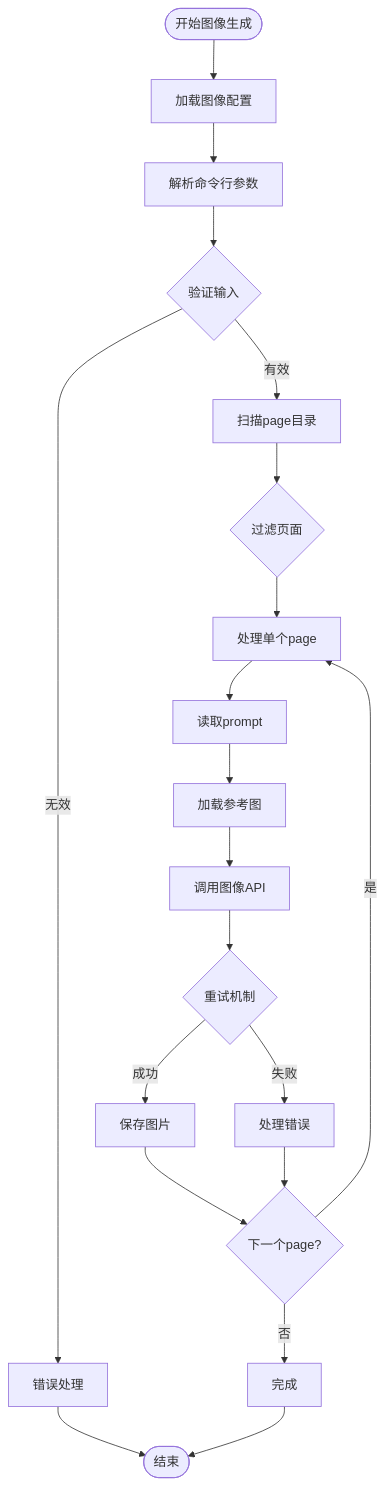
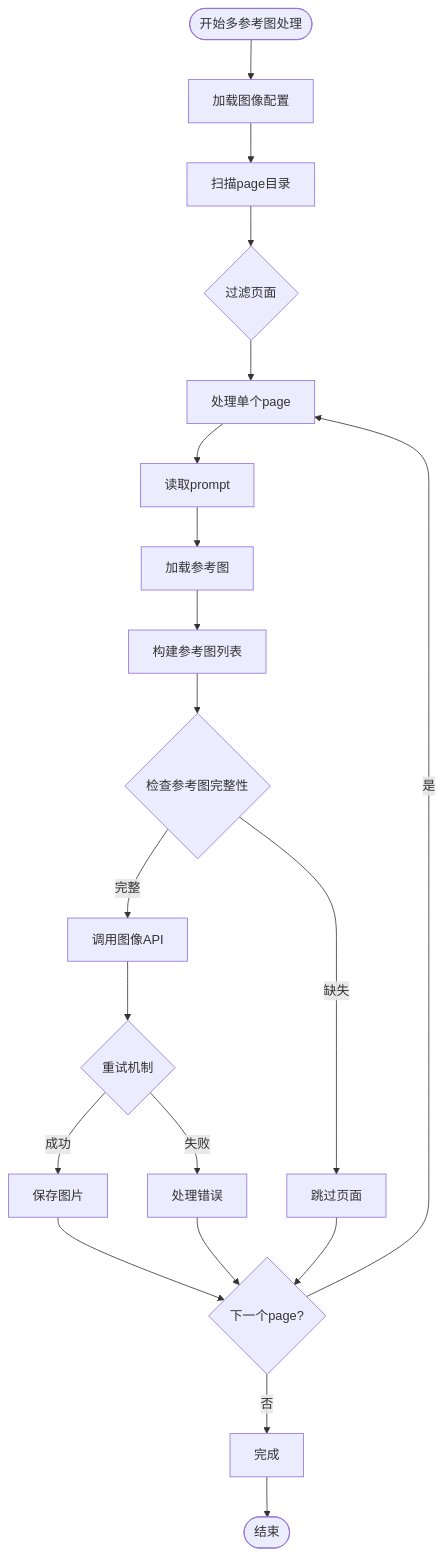
One commit to WongMingJiu/landingpage-test-hero-page changed diagram 11 of 16 in .qoder/repowiki/zh/content/配置和定制/配置和定制.md. Above: the diagram before and after it, drawn with Mermaid. The commit also changed other lines of this file and 6 other files, not shown here.

````diff
--- a/.qoder/repowiki/zh/content/配置和定制/配置和定制.md
+++ b/.qoder/repowiki/zh/content/配置和定制/配置和定制.md
@@ -334,22 +493,22 @@
 ```mermaid
 flowchart TD
-Start([开始图像生成]) --> LoadConfig[加载图像配置]
-LoadConfig --> ParseArgs[解析命令行参数]
-ParseArgs --> ValidateInput{验证输入}
-ValidateInput --> |有效| ScanPages[扫描page目录]
-ValidateInput --> |无效| Error[错误处理]
+Start([开始多参考图处理]) --> LoadConfig[加载图像配置]
+LoadConfig --> ScanPages[扫描page目录]
 ScanPages --> FilterPages{过滤页面}
 FilterPages --> ProcessPage[处理单个page]
 ProcessPage --> ReadPrompt[读取prompt]
 ReadPrompt --> LoadReference[加载参考图]
-LoadReference --> CallAPI[调用图像API]
+LoadReference --> BuildRefList[构建参考图列表]
+BuildRefList --> CheckRefs{检查参考图完整性}
+CheckRefs --> |完整| CallAPI[调用图像API]
+CheckRefs --> |缺失| SkipPage[跳过页面]
 CallAPI --> Retry{重试机制}
 Retry --> |成功| SaveImage[保存图片]
 Retry --> |失败| HandleError[处理错误]
 SaveImage --> NextPage{下一个page?}
 NextPage --> |是| ProcessPage
 NextPage --> |否| Complete[完成]
+SkipPage --> NextPage
 HandleError --> NextPage
-Error --> End([结束])
 Complete --> End([结束])
 ```
````
